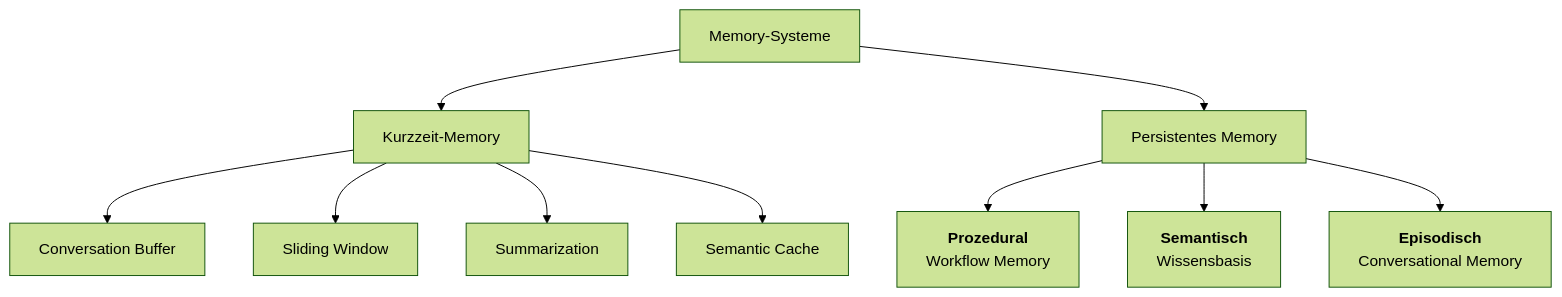
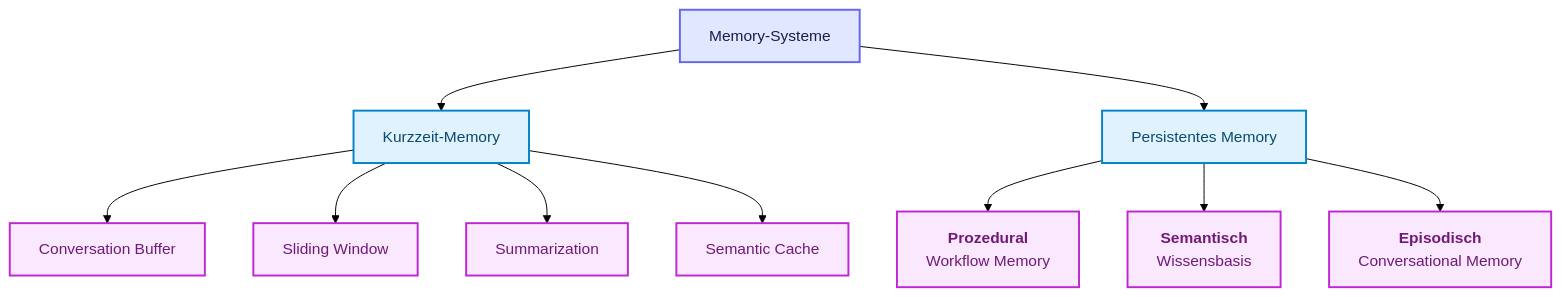
Before and after one commit to ralf-42/Agenten: the first of 7 diagrams in docs/04-agenten-implementierung/ablauf-zustand/memory-systeme.md, drawn with Mermaid (forest theme). The commit also changed other lines of this file and 18 other files, not shown here.

````diff
--- a/docs/04-agenten-implementierung/ablauf-zustand/memory-systeme.md
+++ b/docs/04-agenten-implementierung/ablauf-zustand/memory-systeme.md
@@ -60,14 +60,21 @@
 ```mermaid
 flowchart TB
     M[Memory-Systeme] --> K[Kurzzeit-Memory]
     M --> L[Persistentes Memory]
 
     K --> K1["Conversation Buffer"]
     K --> K2["Sliding Window"]
     K --> K3["Summarization"]
     K --> K4["Semantic Cache"]
 
     L --> L1["<b>Prozedural</b><br/>Workflow Memory"]
     L --> L2["<b>Semantisch</b><br/>Wissensbasis"]
     L --> L3["<b>Episodisch</b><br/>Conversational Memory"]
+
+    classDef default fill:#e0f2fe,stroke:#0284c7,stroke-width:2px,color:#0c4a6e;
+    classDef input fill:#e0e7ff,stroke:#6366f1,stroke-width:2px,color:#1e1b4b;
+    classDef target fill:#fae8ff,stroke:#c026d3,stroke-width:2px,color:#701a75;
+
+    class M input;
+    class K1,K2,K3,K4,L1,L2,L3 target;
 ```
````
